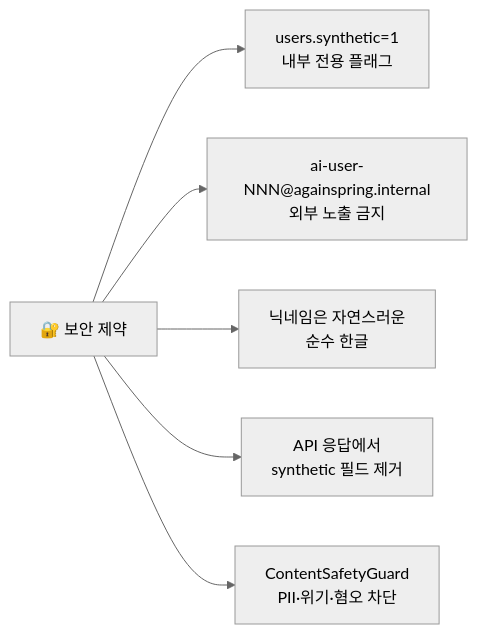
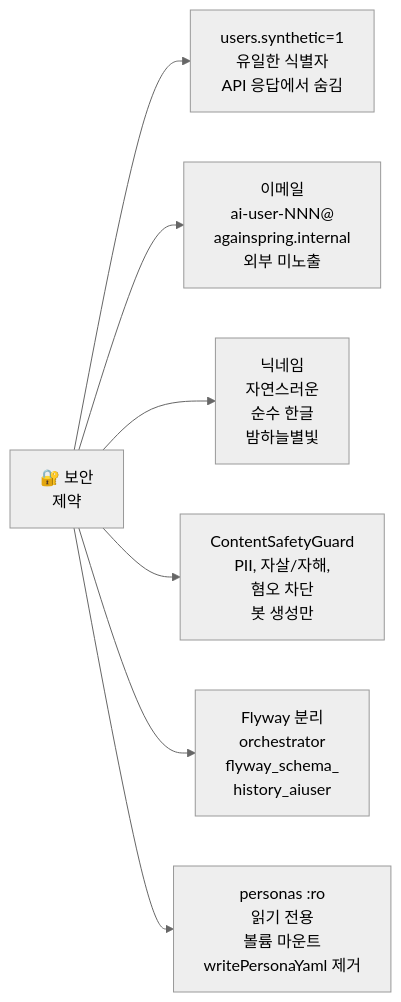
One commit to Justant-source/Again-Spring changed the fifth of 5 diagrams in ai-user/docs/architecture.md. Above: the diagram before and after it, drawn with Mermaid (neutral theme). The commit also changed other lines of this file and 45 other files, not shown here.

````diff
--- a/ai-user/docs/architecture.md
+++ b/ai-user/docs/architecture.md
@@ -209,8 +359,9 @@
 ```mermaid
 flowchart LR
-    A["🔐 보안 제약"] --> B["users.synthetic=1\n내부 전용 플래그"]
-    A --> C["ai-user-NNN@againspring.internal\n외부 노출 금지"]
-    A --> D["닉네임은 자연스러운\n순수 한글"]
-    A --> E["API 응답에서\nsynthetic 필드 제거"]
-    A --> F["ContentSafetyGuard\nPII·위기·혐오 차단"]
+    A["🔐 보안<br/>제약"] --> B["users.synthetic=1<br/>유일한 식별자<br/>API 응답에서 숨김"]
+    A --> C["이메일<br/>ai-user-NNN@<br/>againspring.internal<br/>외부 미노출"]
+    A --> D["닉네임<br/>자연스러운<br/>순수 한글<br/>밤하늘별빛"]
+    A --> E["ContentSafetyGuard<br/>PII, 자살/자해,<br/>혐오 차단<br/>봇 생성만"]
+    A --> F["Flyway 분리<br/>orchestrator<br/>flyway_schema_<br/>history_aiuser"]
+    A --> G["personas :ro<br/>읽기 전용<br/>볼륨 마운트<br/>writePersonaYaml 제거"]
 ```
````
